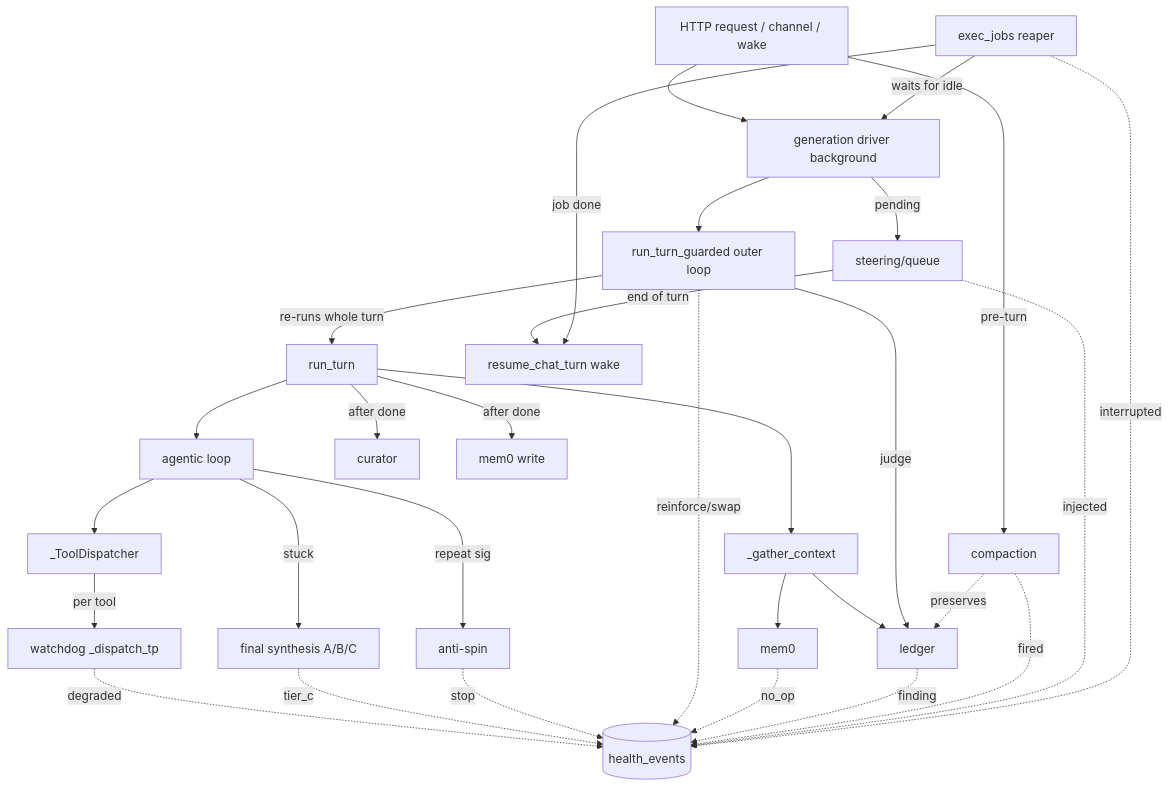
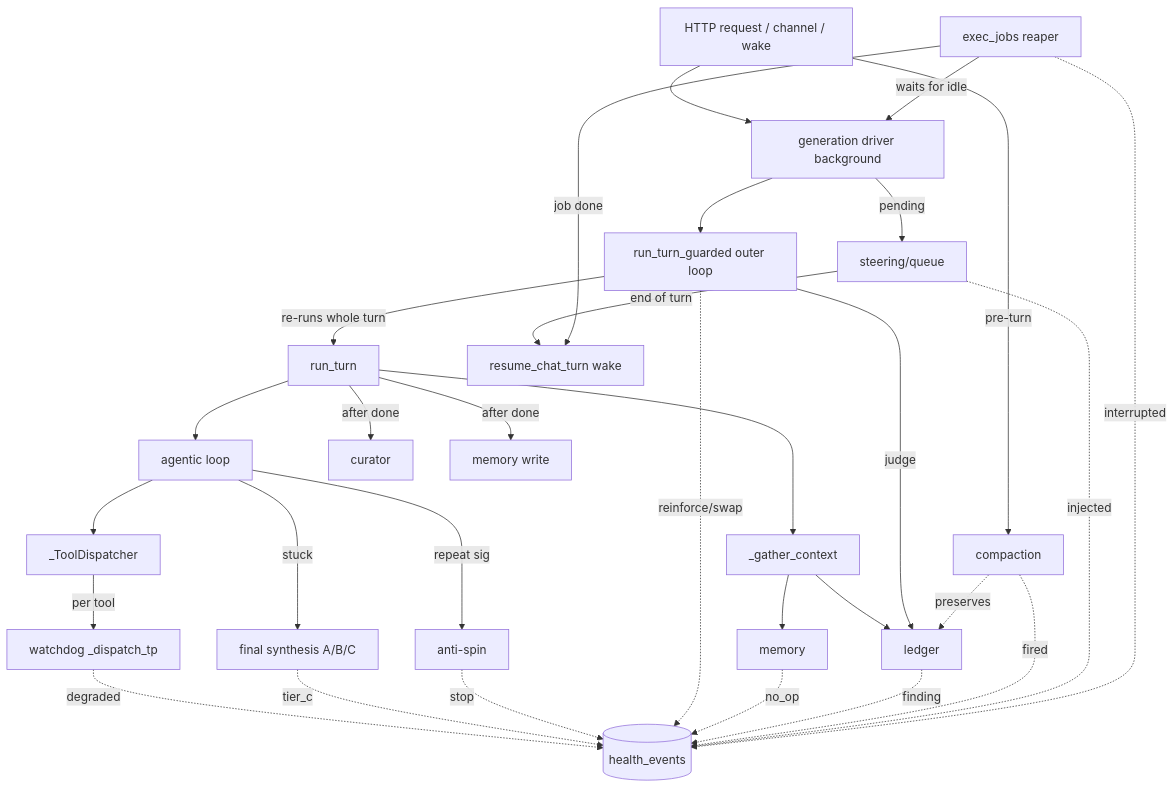
One commit to Victor-Alves0/AI-Workspace changed the diagram in docs/harness-coupling.md. Above: the diagram before and after it, drawn with Mermaid. The commit also changed other lines of this file and 33 other files, not shown here.

````diff
--- a/docs/harness-coupling.md
+++ b/docs/harness-coupling.md
@@ -42,33 +42,33 @@
 ```mermaid
 graph TD
     REQ[HTTP request / channel / wake] --> GEN[generation driver background]
     GEN --> GUARD[run_turn_guarded outer loop]
     GUARD -->|re-runs whole turn| RT[run_turn]
     RT --> LOOP[agentic loop]
     LOOP --> DISP[_ToolDispatcher]
     DISP -->|per tool| WD[watchdog _dispatch_tp]
     LOOP -->|stuck| SYN[final synthesis A/B/C]
     LOOP -->|repeat sig| SPIN[anti-spin]
     RT --> CTX[_gather_context]
-    CTX --> MEM[mem0]
+    CTX --> MEM[memory]
     CTX --> LED[ledger]
     GUARD -->|judge| LED
     REQ -->|pre-turn| COMP[compaction]
     COMP -.preserves.-> LED
     GEN -->|pending| STEER[steering/queue]
     STEER -->|end of turn| RESUME[resume_chat_turn wake]
     JOBS[exec_jobs reaper] -->|job done| RESUME
     JOBS -->|waits for idle| GEN
     RT -->|after done| CUR[curator]
-    RT -->|after done| MEMW[mem0 write]
+    RT -->|after done| MEMW[memory write]
 
     WD -. degraded .-> H[(health_events)]
     SYN -. tier_c .-> H
     SPIN -. stop .-> H
     GUARD -. reinforce/swap .-> H
     MEM -. no_op .-> H
     LED -. finding .-> H
     COMP -. fired .-> H
     STEER -. injected .-> H
     JOBS -. interrupted .-> H
 ```
````
